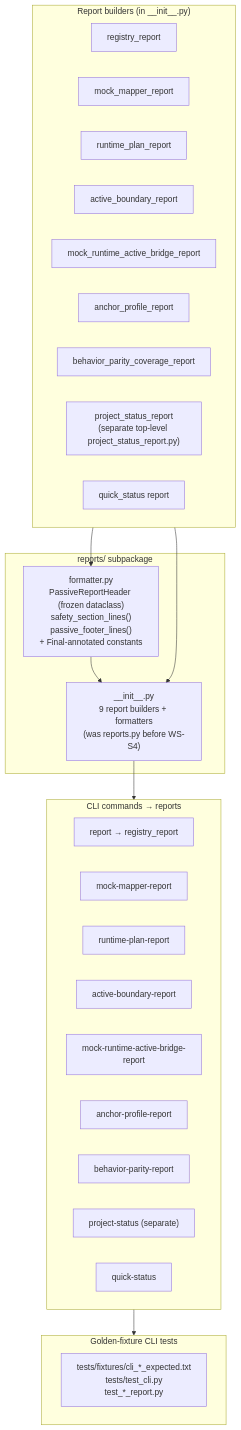
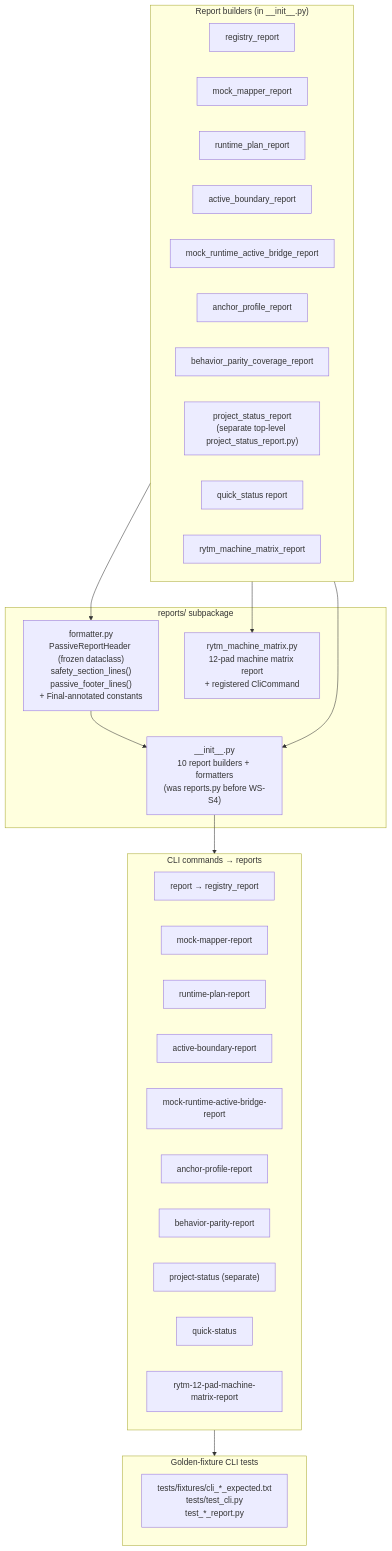
Diagram 20 of 26 in docs/ARCHITECTURE_DIAGRAMS.md (buzzijose-hub/RytmRandomizer), drawn with Mermaid before and after one commit. The commit also changed other lines of this file and 8 other files, not shown here.

Commit message:
fix: address Rytm matrix review gates

````diff
--- a/docs/ARCHITECTURE_DIAGRAMS.md
+++ b/docs/ARCHITECTURE_DIAGRAMS.md
@@ -1175,42 +1179,46 @@
 ```mermaid
 flowchart TB
     subgraph ReportsPkg["reports/ subpackage"]
-        Init["__init__.py<br/>9 report builders + formatters<br/>(was reports.py before WS-S4)"]
+        Init["__init__.py<br/>10 report builders + formatters<br/>(was reports.py before WS-S4)"]
         Formatter["formatter.py<br/>PassiveReportHeader (frozen dataclass)<br/>safety_section_lines()<br/>passive_footer_lines()<br/>+ Final-annotated constants"]
+        MatrixModule["rytm_machine_matrix.py<br/>12-pad machine matrix report<br/>+ registered CliCommand"]
     end
 
     subgraph Reports["Report builders (in __init__.py)"]
         R1["registry_report"]
         R2["mock_mapper_report"]
         R3["runtime_plan_report"]
         R4["active_boundary_report"]
         R5["mock_runtime_active_bridge_report"]
         R6["anchor_profile_report"]
         R7["behavior_parity_coverage_report"]
         R8["project_status_report<br/>(separate top-level project_status_report.py)"]
         R9["quick_status report"]
+        R10["rytm_machine_matrix_report"]
     end
 
     subgraph CLICmds["CLI commands → reports"]
         C1["report → registry_report"]
         C2["mock-mapper-report"]
         C3["runtime-plan-report"]
         C4["active-boundary-report"]
         C5["mock-runtime-active-bridge-report"]
         C6["anchor-profile-report"]
         C7["behavior-parity-report"]
         C8["project-status (separate)"]
         C9["quick-status"]
+        C10["rytm-12-pad-machine-matrix-report"]
     end
 
     subgraph Fixtures["Golden-fixture CLI tests"]
         GoldenTests["tests/fixtures/cli_*_expected.txt<br/>tests/test_cli.py<br/>test_*_report.py"]
     end
 
     Reports --> Formatter
+    Reports --> MatrixModule
     Formatter --> Init
     Reports --> Init
 
     Init --> CLICmds
     CLICmds --> Fixtures
 ```
````
